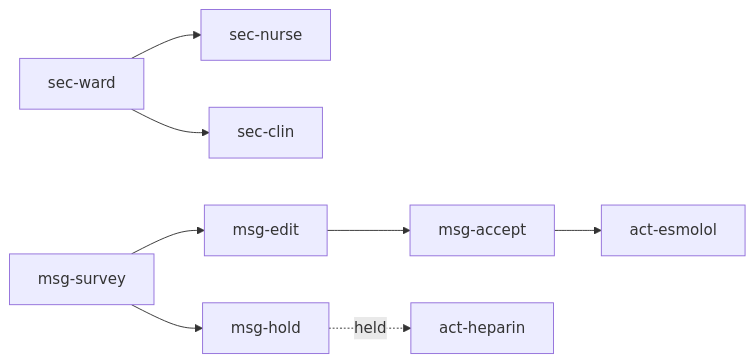
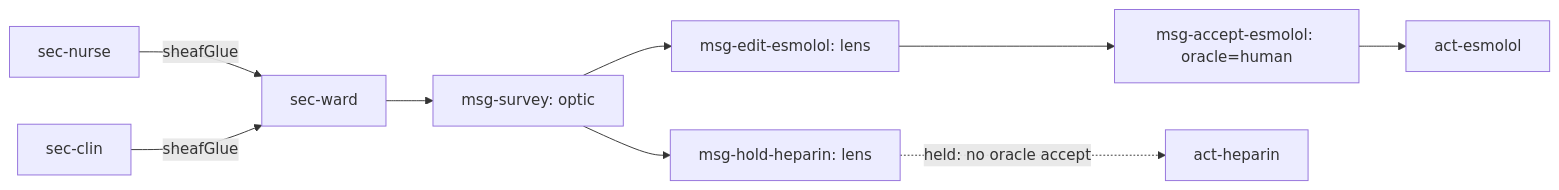
Before and after one commit to wetware-hq/chart: the second of 2 diagrams in chart.md, drawn with Mermaid. The commit also changed other lines of this file, not shown here.

First line of the commit message:
Consolidate chart.md into compact single-file wetware-hq specification.

````diff
--- a/chart.md
+++ b/chart.md
@@ -130,10 +965,11 @@
-```mermaid { type: notebook.cell }
+```mermaid
 flowchart LR
-  ward[sec-ward] --> nurse[sec-nurse]
-  ward --> clin[sec-clin]
-  survey[msg-survey] --> edit[msg-edit]
-  survey --> hold[msg-hold]
-  edit --> accept[msg-accept]
-  accept --> esmolol[act-esmolol]
-  hold -. held .-> heparin[act-heparin]
+  nurseSec[sec-nurse] -->|sheafGlue| ward[sec-ward]
+  clinSec[sec-clin] -->|sheafGlue| ward
+  ward --> survey[msg-survey: optic]
+  survey --> editEsm[msg-edit-esmolol: lens]
+  survey --> holdHep[msg-hold-heparin: lens]
+  editEsm --> acceptEsm[msg-accept-esmolol: oracle=human]
+  acceptEsm --> actEsm[act-esmolol]
+  holdHep -. held: no oracle accept .-> actHep[act-heparin]
 ```
````
